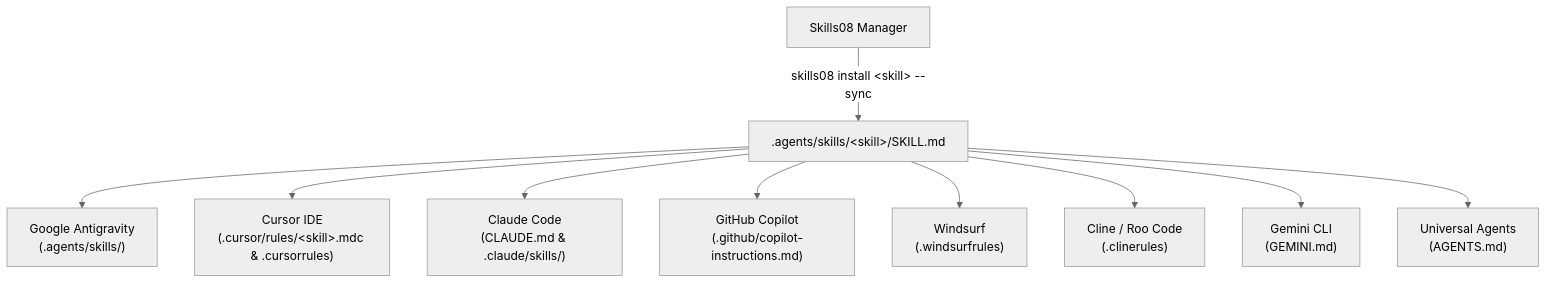
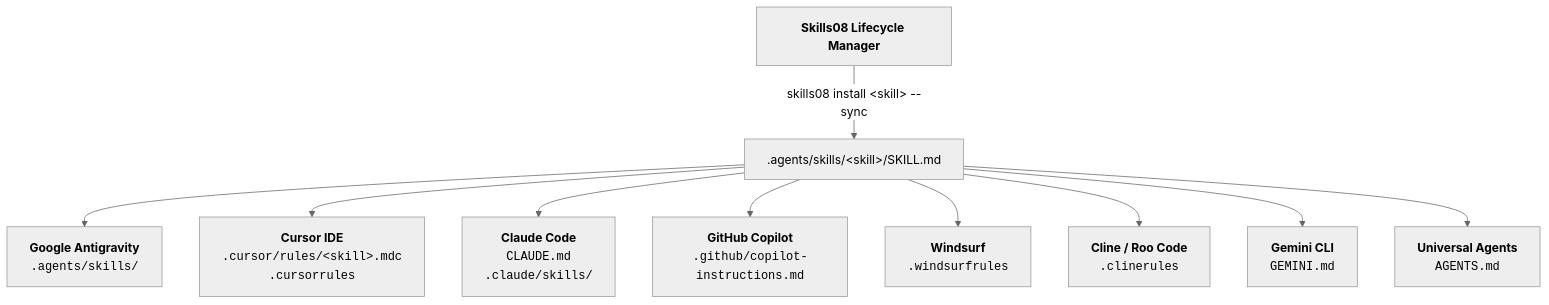
Before and after one commit to atharva081106/skills08: the diagram in README.md, drawn with Mermaid (neutral theme). The commit also changed other lines of this file and 10 other files, not shown here.

````diff
--- a/README.md
+++ b/README.md
@@ -69,12 +154,12 @@
 ```mermaid
 flowchart TD
-    S08["Skills08 Manager"] -->|"skills08 install &lt;skill&gt; --sync"| CORE[".agents/skills/&lt;skill&gt;/SKILL.md"]
-    CORE --> AGY["Google Antigravity\n(.agents/skills/)"]
-    CORE --> CUR["Cursor IDE\n(.cursor/rules/&lt;skill&gt;.mdc & .cursorrules)"]
-    CORE --> CLD["Claude Code\n(CLAUDE.md & .claude/skills/)"]
-    CORE --> COP["GitHub Copilot\n(.github/copilot-instructions.md)"]
-    CORE --> WND["Windsurf\n(.windsurfrules)"]
-    CORE --> CLN["Cline / Roo Code\n(.clinerules)"]
-    CORE --> GEM["Gemini CLI\n(GEMINI.md)"]
-    CORE --> OPN["Universal Agents\n(AGENTS.md)"]
+    S08["<b>Skills08 Lifecycle Manager</b>"] -->|"skills08 install &lt;skill&gt; --sync"| CORE[".agents/skills/&lt;skill&gt;/SKILL.md"]
+    CORE --> AGY["<b>Google Antigravity</b><br/><code>.agents/skills/</code>"]
+    CORE --> CUR["<b>Cursor IDE</b><br/><code>.cursor/rules/&lt;skill&gt;.mdc</code><br/><code>.cursorrules</code>"]
+    CORE --> CLD["<b>Claude Code</b><br/><code>CLAUDE.md</code><br/><code>.claude/skills/</code>"]
+    CORE --> COP["<b>GitHub Copilot</b><br/><code>.github/copilot-instructions.md</code>"]
+    CORE --> WND["<b>Windsurf</b><br/><code>.windsurfrules</code>"]
+    CORE --> CLN["<b>Cline / Roo Code</b><br/><code>.clinerules</code>"]
+    CORE --> GEM["<b>Gemini CLI</b><br/><code>GEMINI.md</code>"]
+    CORE --> OPN["<b>Universal Agents</b><br/><code>AGENTS.md</code>"]
 ```
````
